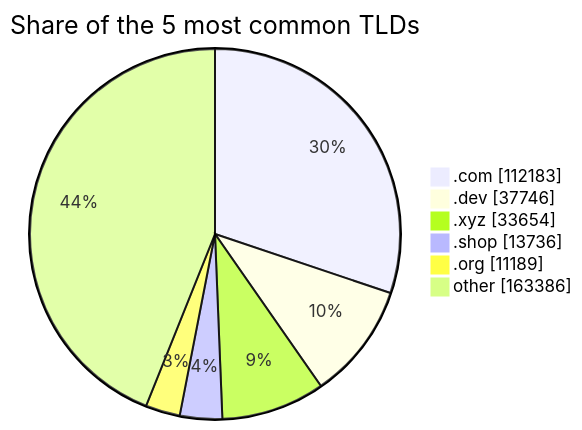
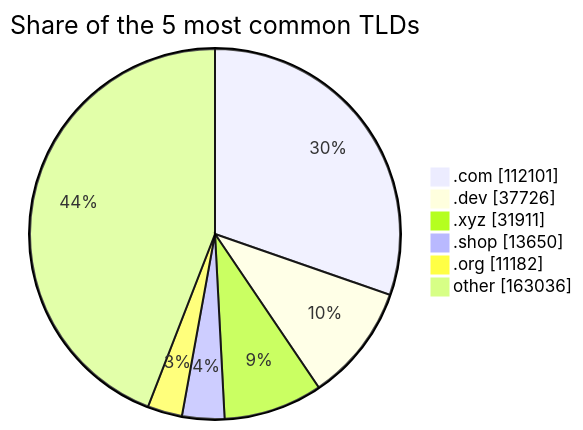
One commit to DNSBunker/CTI changed the third of 3 diagrams in README.md. Above: the diagram before and after it, drawn with Mermaid. The commit also changed other lines of this file and 3 other files, not shown here.

````diff
--- a/README.md
+++ b/README.md
@@ -81,9 +81,9 @@
 ```mermaid
 pie showData title Share of the 5 most common TLDs
-    ".com" : 112183
-    ".dev" : 37746
-    ".xyz" : 33654
-    ".shop" : 13736
-    ".org" : 11189
-    "other" : 163386
+    ".com" : 112101
+    ".dev" : 37726
+    ".xyz" : 31911
+    ".shop" : 13650
+    ".org" : 11182
+    "other" : 163036
 ```
````
